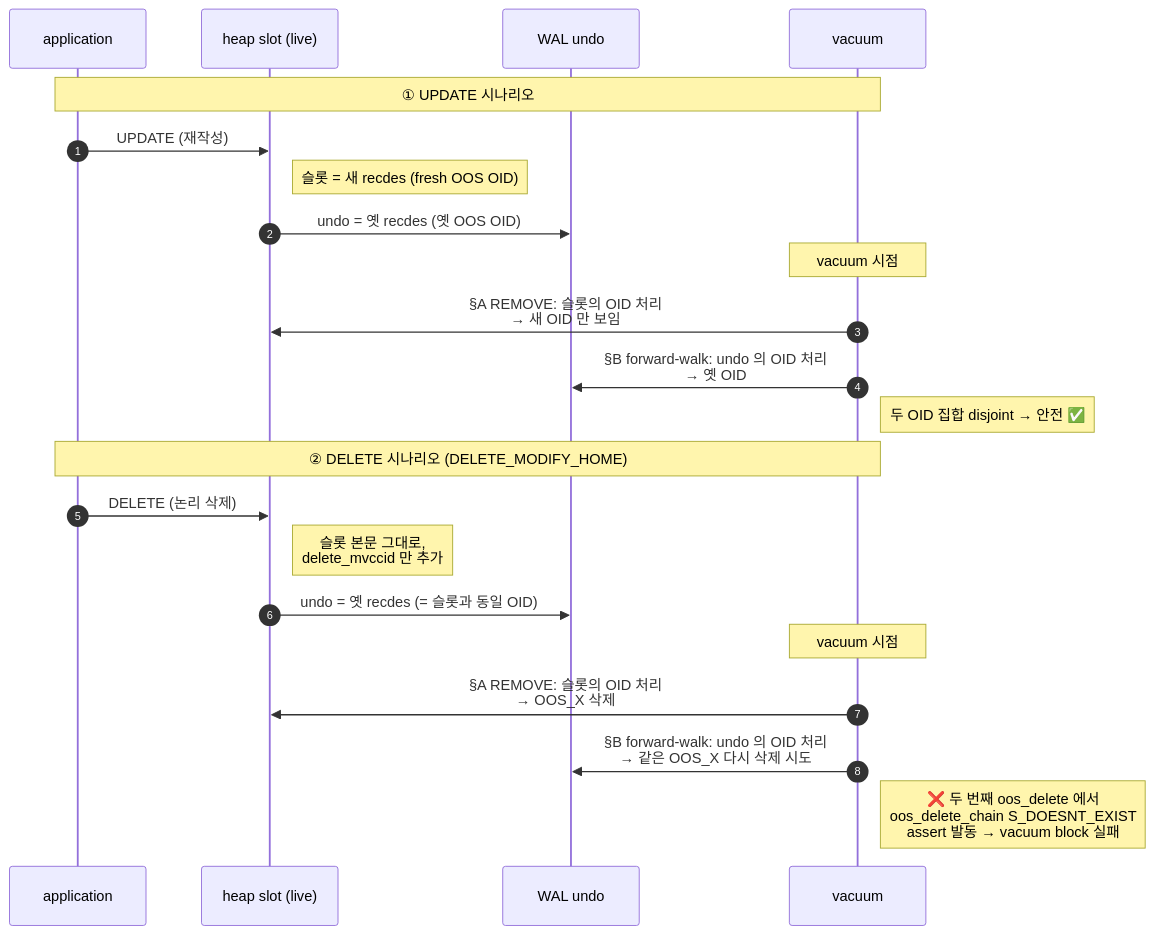
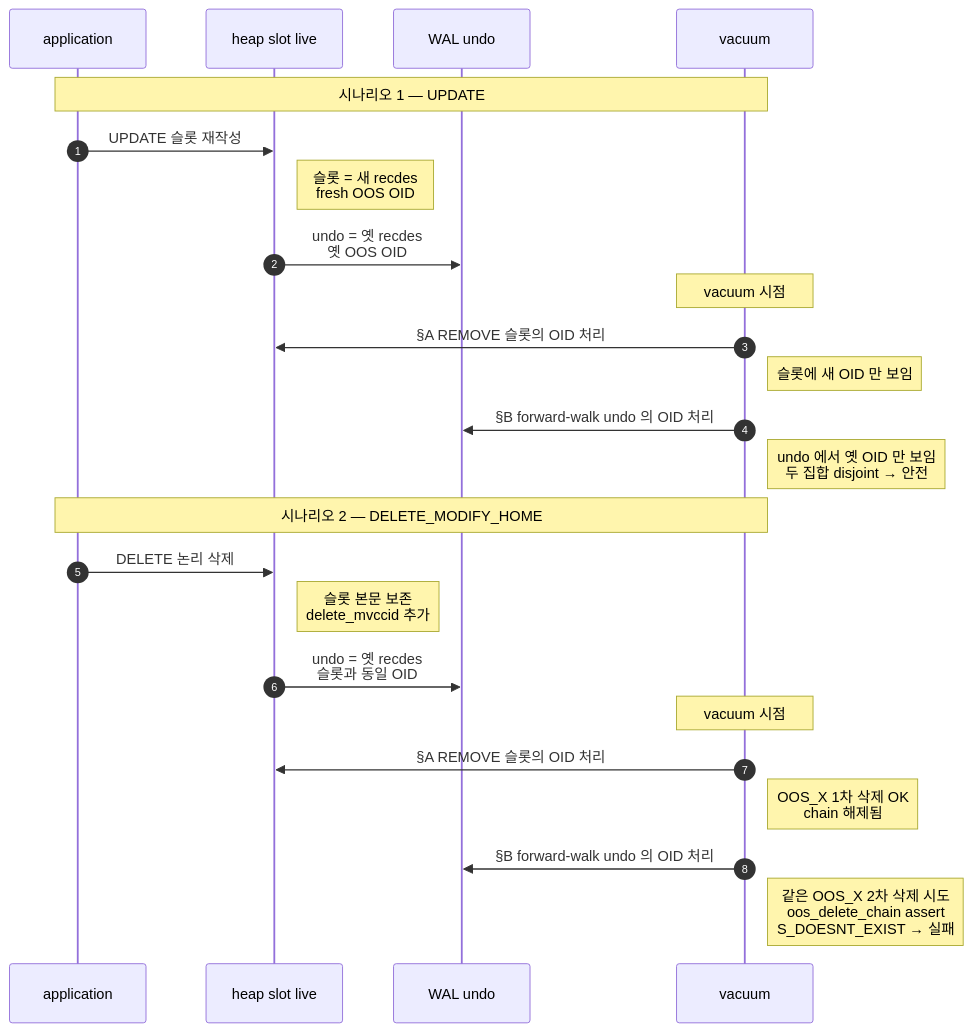
Before and after one commit to vimkim/my-cubrid-docs: the fifth of 5 diagrams in pr-6986/PR-6986-vacuum-oos-paths-diagram.md, drawn with Mermaid. The commit also changed other lines of this file, not shown here.

Commit message:
fix(pr-6986): mermaid syntax — drop parens/<br/>/& from sequence diagrams

````diff
--- a/pr-6986/PR-6986-vacuum-oos-paths-diagram.md
+++ b/pr-6986/PR-6986-vacuum-oos-paths-diagram.md
@@ -236,30 +240,32 @@
 ```mermaid
 sequenceDiagram
     autonumber
     participant App as application
-    participant H as heap slot (live)
+    participant H as heap slot live
     participant L as WAL undo
     participant V as vacuum
 
-    Note over App,V: ① UPDATE 시나리오
+    Note over App,V: 시나리오 1 — UPDATE
 
-    App->>H: UPDATE (재작성)
-    Note right of H: 슬롯 = 새 recdes (fresh OOS OID)
-    H->>L: undo = 옛 recdes (옛 OOS OID)
+    App->>H: UPDATE 슬롯 재작성
+    Note right of H: 슬롯 = 새 recdes<br/>fresh OOS OID
+    H->>L: undo = 옛 recdes<br/>옛 OOS OID
 
     Note over V: vacuum 시점
-    V->>H: §A REMOVE: 슬롯의 OID 처리<br/>→ 새 OID 만 보임
-    V->>L: §B forward-walk: undo 의 OID 처리<br/>→ 옛 OID
-    Note right of V: 두 OID 집합 disjoint → 안전 ✅
+    V->>H: §A REMOVE 슬롯의 OID 처리
+    Note right of V: 슬롯에 새 OID 만 보임
+    V->>L: §B forward-walk undo 의 OID 처리
+    Note right of V: undo 에서 옛 OID 만 보임<br/>두 집합 disjoint → 안전
 
-    Note over App,V: ② DELETE 시나리오 (DELETE_MODIFY_HOME)
+    Note over App,V: 시나리오 2 — DELETE_MODIFY_HOME
 
-    App->>H: DELETE (논리 삭제)
-    Note right of H: 슬롯 본문 그대로,<br/>delete_mvccid 만 추가
-    H->>L: undo = 옛 recdes (= 슬롯과 동일 OID)
+    App->>H: DELETE 논리 삭제
+    Note right of H: 슬롯 본문 보존<br/>delete_mvccid 추가
+    H->>L: undo = 옛 recdes<br/>슬롯과 동일 OID
 
     Note over V: vacuum 시점
-    V->>H: §A REMOVE: 슬롯의 OID 처리<br/>→ OOS_X 삭제
-    V->>L: §B forward-walk: undo 의 OID 처리<br/>→ 같은 OOS_X 다시 삭제 시도
-    Note right of V: ❌ 두 번째 oos_delete 에서<br/>oos_delete_chain S_DOESNT_EXIST<br/>assert 발동 → vacuum block 실패
+    V->>H: §A REMOVE 슬롯의 OID 처리
+    Note right of V: OOS_X 1차 삭제 OK<br/>chain 해제됨
+    V->>L: §B forward-walk undo 의 OID 처리
+    Note right of V: 같은 OOS_X 2차 삭제 시도<br/>oos_delete_chain assert<br/>S_DOESNT_EXIST → 실패
 ```
````
